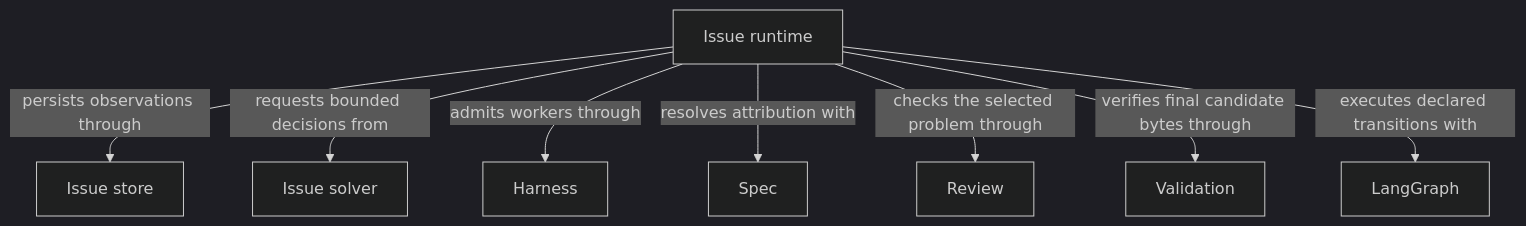
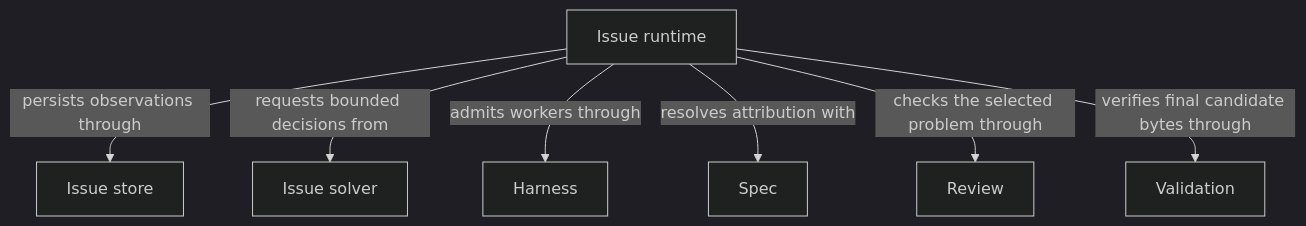
Before and after one commit to FTOD/concorde: the second of 2 diagrams in specs/concorde/issues/module.md, drawn with Mermaid (dark theme). The commit also changed other lines of this file and 29 other files, not shown here.

````diff
--- a/specs/concorde/issues/module.md
+++ b/specs/concorde/issues/module.md
@@ -117,20 +120,18 @@
 ```mermaid
 flowchart TB
     accTitle: Issue reporting and solving
     accDescr: The runtime stores classified observations, binds a solver decision and returns needed edits to the caller and uses review and validation without automatic delivery.
     runtime["Issue runtime"]
     store["Issue store"]
     solver["Issue solver"]
     harness["Harness"]
     spec["Spec"]
     review["Review"]
     validation["Validation"]
-    langgraph["LangGraph"]
     runtime -->|persists observations through| store
     runtime -->|requests bounded decisions from| solver
     runtime -->|admits workers through| harness
     runtime -->|resolves attribution with| spec
     runtime -->|checks the selected problem through| review
     runtime -->|verifies final candidate bytes through| validation
-    runtime -->|executes declared transitions with| langgraph
 ```
````
